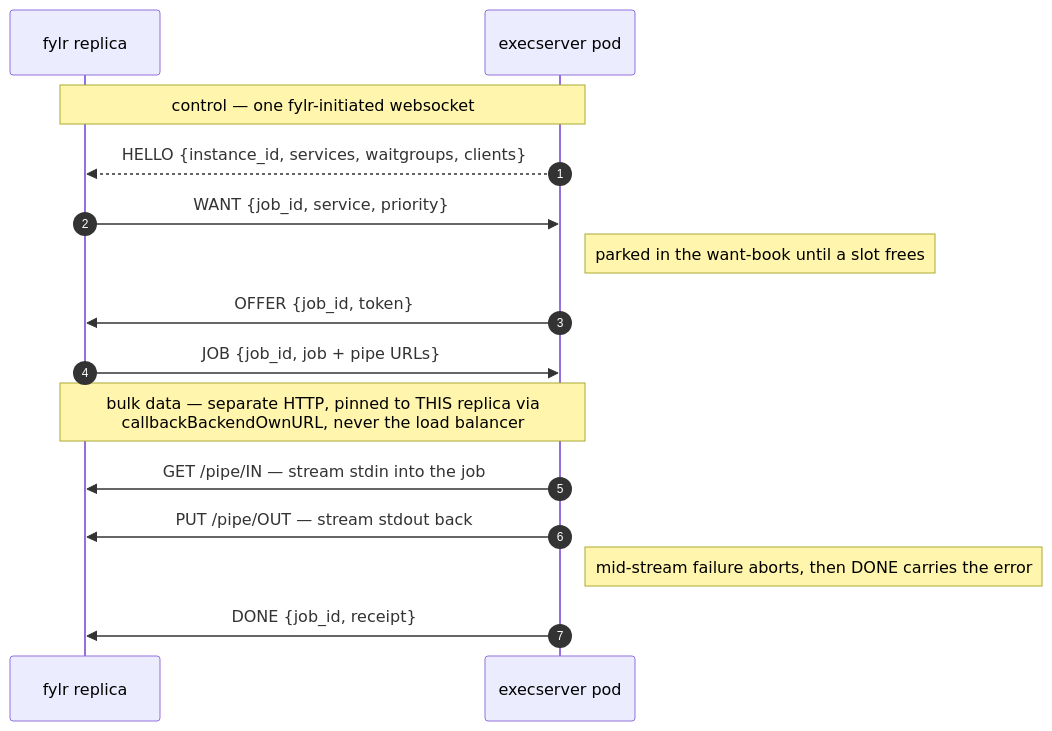
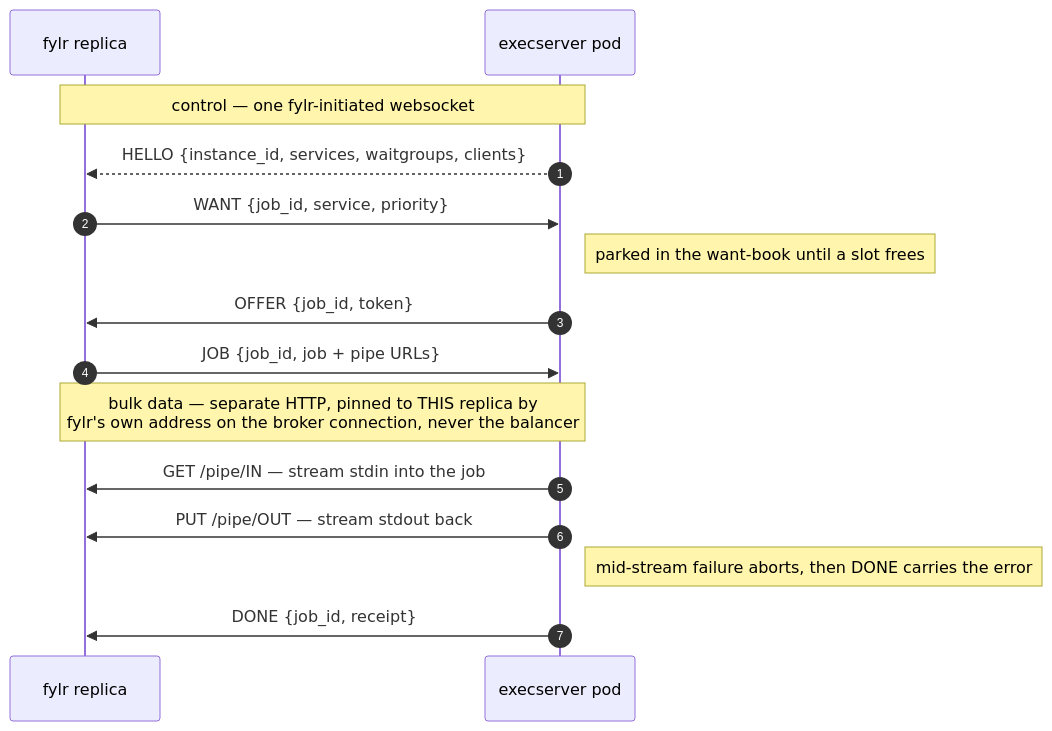
The diagram in for-developers/concepts/white-papers/execserver-slot-broker.md (programmfabrik/fylr-gitbook), drawn with Mermaid before and after one commit. The commit also changed other lines of this file, not shown here.

Commit message:
execserver white paper: pipe callbacks pin to the owning replica
Explain how a body-mode pipe stays reachable when several fylr backends
sit behind a load-balanced backend address: the callback host is fylr's
own address as seen on the broker connection to the execserver running
the job (the connection's local address), so no pod IP is configured and
the load balancer cannot misroute the GET/PUT to a sibling replica.
Update the sequence-diagram note to match.

````diff
--- a/for-developers/concepts/white-papers/execserver-slot-broker.md
+++ b/for-developers/concepts/white-papers/execserver-slot-broker.md
@@ -57,19 +57,19 @@
 ```mermaid
 sequenceDiagram
     autonumber
     participant F as fylr replica
     participant X as execserver pod
 
     Note over F,X: control — one fylr-initiated websocket
     X-->>F: HELLO {instance_id, services, waitgroups, clients}
     F->>X: WANT {job_id, service, priority}
     Note right of X: parked in the want-book until a slot frees
     X->>F: OFFER {job_id, token}
     F->>X: JOB {job_id, job + pipe URLs}
 
-    Note over F,X: bulk data — separate HTTP, pinned to THIS replica via<br/>callbackBackendOwnURL, never the load balancer
+    Note over F,X: bulk data — separate HTTP, pinned to THIS replica by<br/>fylr's own address on the broker connection, never the balancer
     X->>F: GET /pipe/IN — stream stdin into the job
     X->>F: PUT /pipe/OUT — stream stdout back
     Note right of X: mid-stream failure aborts, then DONE carries the error
     X->>F: DONE {job_id, receipt}
 ```
````
